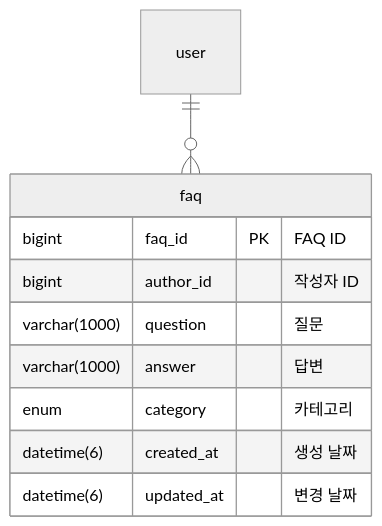
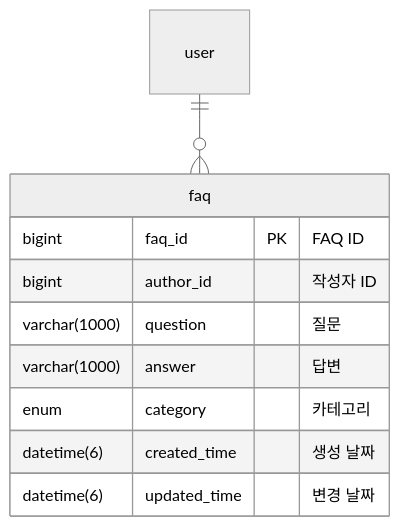
The sixth of 9 diagrams in Erd.md (kea-dpang/docs), drawn with Mermaid (neutral theme) before and after one commit. The commit also changed other lines of this file and 3 other files, not shown here.

````diff
--- a/Erd.md
+++ b/Erd.md
@@ -280,13 +283,13 @@
 ```mermaid
 erDiagram
     faq {
         bigint faq_id PK "FAQ ID"
         bigint author_id "작성자 ID"
         varchar(1000) question "질문"
         varchar(1000) answer "답변"
         enum category "카테고리"
-        datetime(6) created_at "생성 날짜"
-        datetime(6) updated_at "변경 날짜"
+        datetime(6) created_time "생성 날짜"
+        datetime(6) updated_time "변경 날짜"
     }
     user ||--o{ faq: ""
 ```
````
